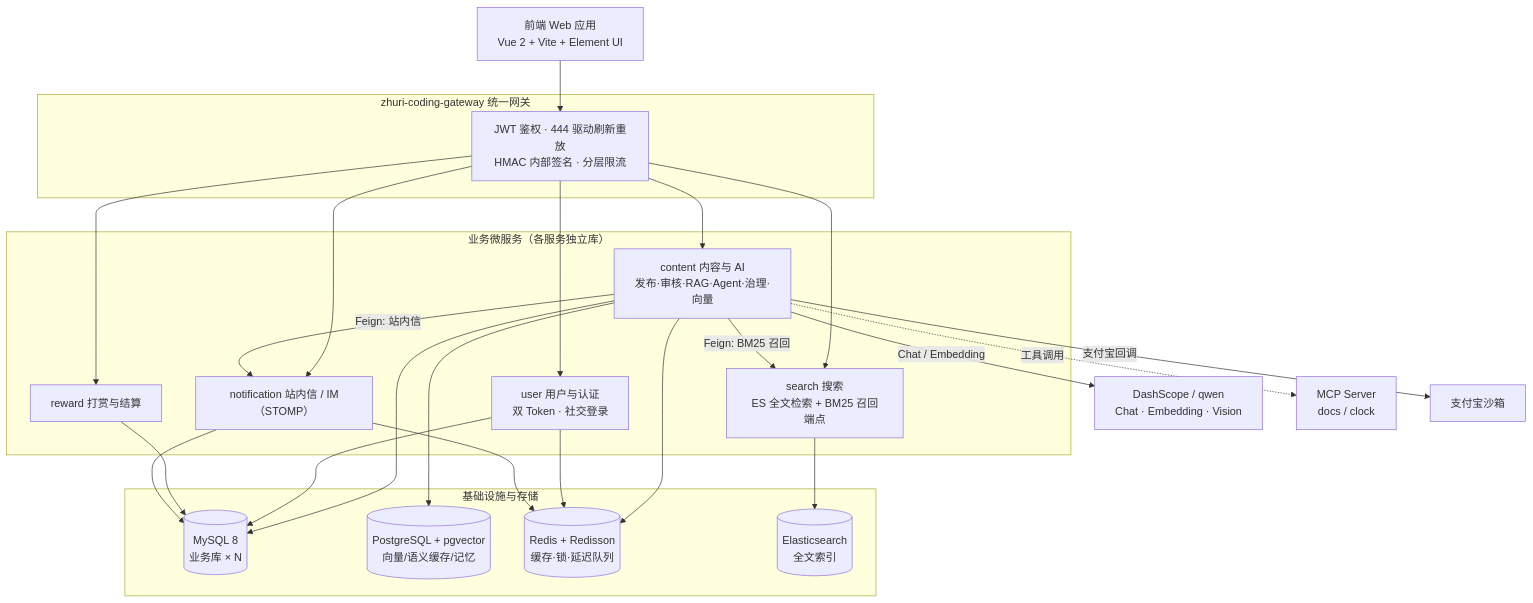
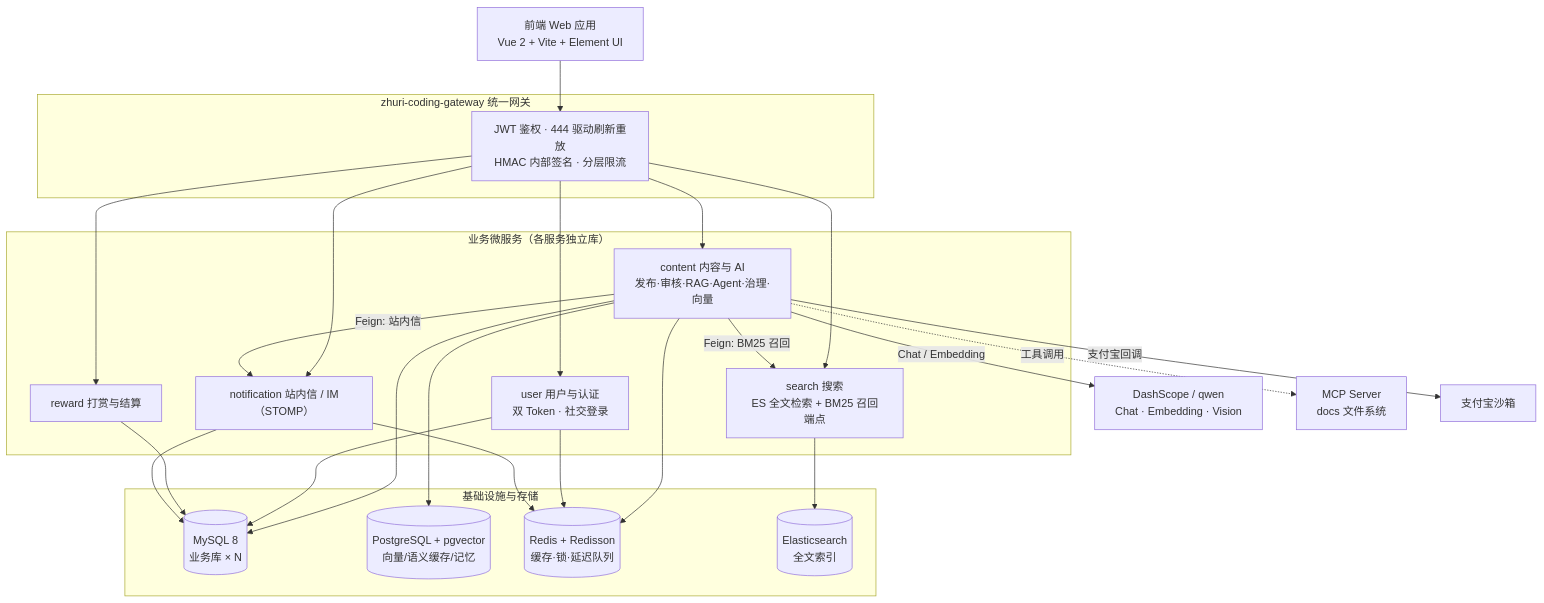
Before and after one commit to R-ping/ZhuRi-Coding: the diagram in README.md, drawn with Mermaid. The commit also changed other lines of this file and 1 other file, not shown here.

First line of the commit message:
docs(readme): 截图改 OSS 图床并补热榜小节

````diff
--- a/README.md
+++ b/README.md
@@ -164,40 +171,40 @@
 ```mermaid
 flowchart TB
     FE["前端 Web 应用<br/>Vue 2 + Vite + Element UI"]
 
     subgraph GW["zhuri-coding-gateway 统一网关"]
         G1["JWT 鉴权 · 444 驱动刷新重放<br/>HMAC 内部签名 · 分层限流"]
     end
 
     subgraph SVC["业务微服务（各服务独立库）"]
         USER["user 用户与认证<br/>双 Token · 社交登录"]
         CONTENT["content 内容与 AI<br/>发布·审核·RAG·Agent·治理·向量"]
         SEARCH["search 搜索<br/>ES 全文检索 + BM25 召回端点"]
         REWARD["reward 打赏与结算"]
         NOTIFY["notification 站内信 / IM（STOMP）"]
     end
 
     subgraph INFRA["基础设施与存储"]
         MYSQL[("MySQL 8<br/>业务库 × N")]
         PGV[("PostgreSQL + pgvector<br/>向量/语义缓存/记忆")]
         REDIS[("Redis + Redisson<br/>缓存·锁·延迟队列")]
         ES[("Elasticsearch<br/>全文索引")]
     end
 
     LLM["DashScope / qwen<br/>Chat · Embedding · Vision"]
-    MCP["MCP Server<br/>docs / clock"]
+    MCP["MCP Server<br/>docs 文件系统"]
     ALIPAY["支付宝沙箱"]
 
     FE --> G1
     G1 --> USER & CONTENT & SEARCH & REWARD & NOTIFY
     CONTENT --> MYSQL & PGV & REDIS
     CONTENT -->|Chat / Embedding| LLM
     CONTENT -->|Feign: BM25 召回| SEARCH
     CONTENT -->|Feign: 站内信| NOTIFY
     CONTENT -->|支付宝回调| ALIPAY
     SEARCH --> ES
     USER --> MYSQL & REDIS
     REWARD --> MYSQL
     NOTIFY --> MYSQL & REDIS
     CONTENT -.->|工具调用| MCP
 ```
````
